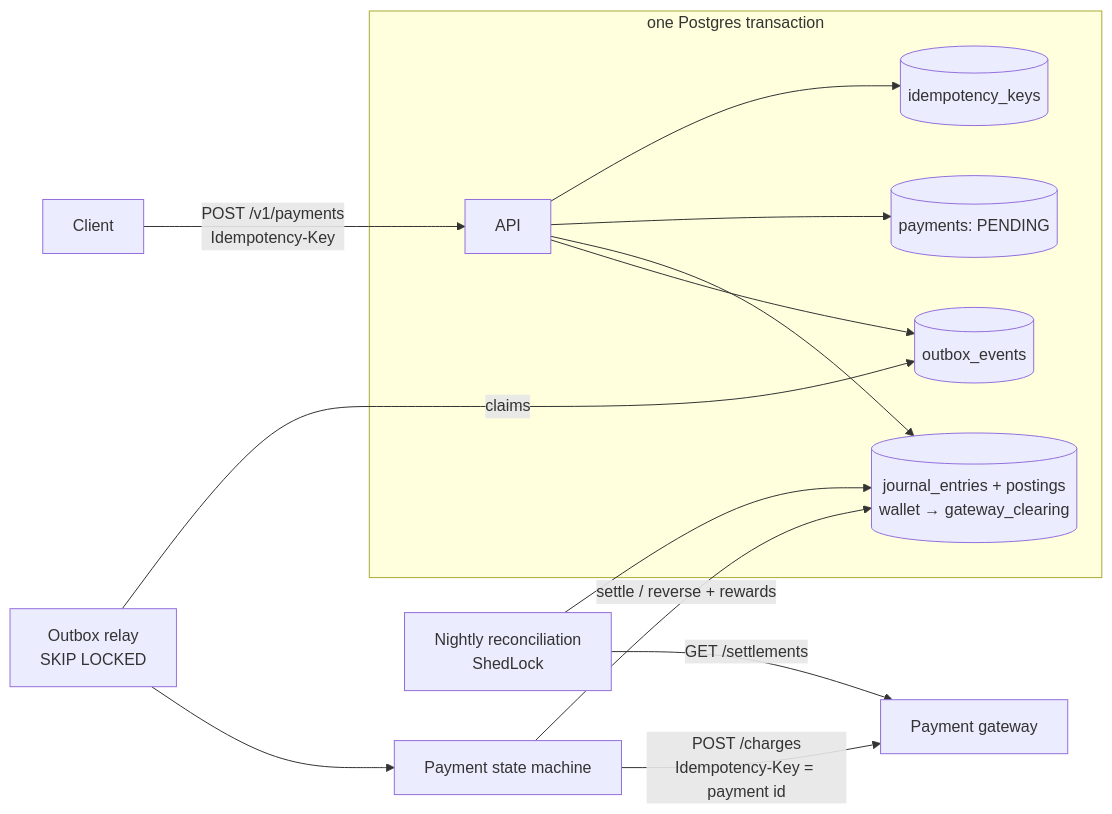
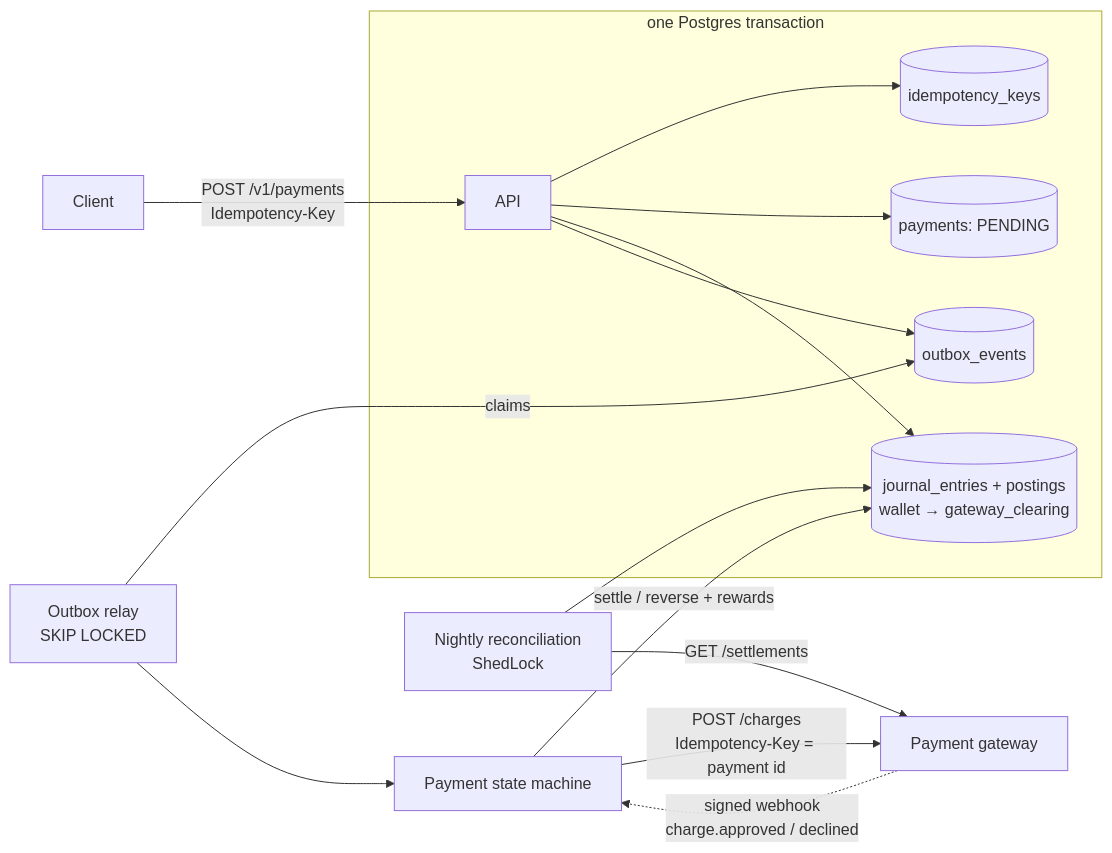
One commit to VP-TT/ledgerline changed the first of 3 diagrams in README.md. Above: the diagram before and after it, drawn with Mermaid. The commit also changed other lines of this file and 17 other files, not shown here.

````diff
--- a/README.md
+++ b/README.md
@@ -20,16 +21,17 @@
 ```mermaid
 flowchart LR
   C[Client] -->|POST /v1/payments<br/>Idempotency-Key| API
   subgraph TX["one Postgres transaction"]
     API --> IK[(idempotency_keys)]
     API --> P[(payments: PENDING)]
     API --> L[(journal_entries + postings<br/>wallet → gateway_clearing)]
     API --> O[(outbox_events)]
   end
   R[Outbox relay<br/>SKIP LOCKED] -->|claims| O
   R --> SM[Payment state machine]
   SM -->|POST /charges<br/>Idempotency-Key = payment id| G[Payment gateway]
+  G -.->|signed webhook<br/>charge.approved / declined| SM
   SM -->|settle / reverse + rewards| L
   N[Nightly reconciliation<br/>ShedLock] -->|GET /settlements| G
   N --> L
 ```
````
